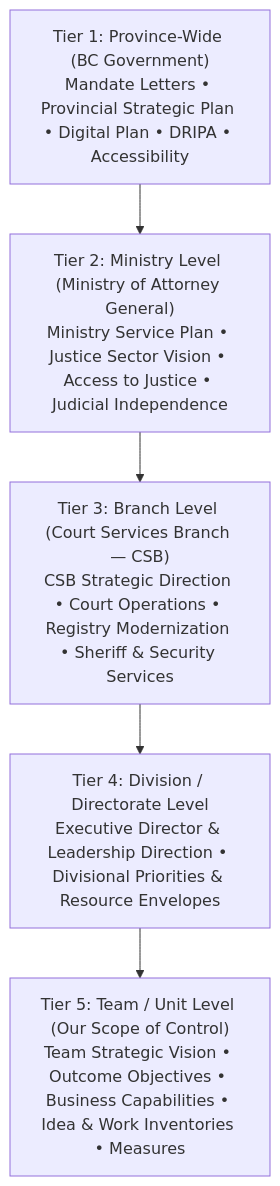
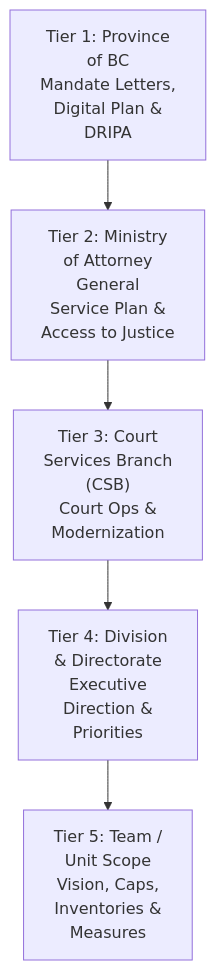
One commit to bcgov/strategic-planning-workbench changed the first of 2 diagrams in architecture.md. Above: the diagram before and after it, drawn with Mermaid. The commit also changed other lines of this file and 5 other files, not shown here.

Commit message:
Wrap Mermaid box and edge labels with <br> tags to prevent GitHub clipping

````diff
--- a/architecture.md
+++ b/architecture.md
@@ -24,10 +24,10 @@
 ```mermaid
 flowchart TD
-    T1["Tier 1: Province-Wide (BC Government)<br/>Mandate Letters • Provincial Strategic Plan • Digital Plan • DRIPA • Accessibility"]
-    T2["Tier 2: Ministry Level (Ministry of Attorney General)<br/>Ministry Service Plan • Justice Sector Vision • Access to Justice • Judicial Independence"]
-    T3["Tier 3: Branch Level (Court Services Branch — CSB)<br/>CSB Strategic Direction • Court Operations • Registry Modernization • Sheriff & Security Services"]
-    T4["Tier 4: Division / Directorate Level<br/>Executive Director & Leadership Direction • Divisional Priorities & Resource Envelopes"]
-    T5["Tier 5: Team / Unit Level (Our Scope of Control)<br/>Team Strategic Vision • Outcome Objectives • Business Capabilities • Idea & Work Inventories • Measures"]
+    T1["Tier 1: Province<br>of BC<br>Mandate Letters,<br>Digital Plan &<br>DRIPA"]
+    T2["Tier 2: Ministry<br>of Attorney<br>General<br>Service Plan &<br>Access to Justice"]
+    T3["Tier 3: Court<br>Services Branch<br>(CSB)<br>Court Ops &<br>Modernization"]
+    T4["Tier 4: Division<br>& Directorate<br>Executive<br>Direction &<br>Priorities"]
+    T5["Tier 5: Team /<br>Unit Scope<br>Vision, Caps,<br>Inventories &<br>Measures"]
 
     T1 --> T2 --> T3 --> T4 --> T5
 ```
````
